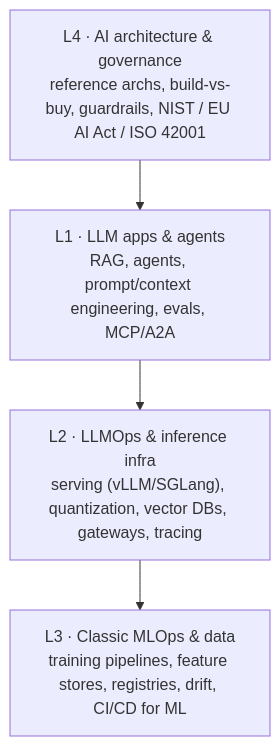
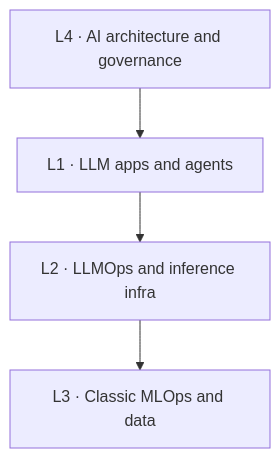
One commit to WBHankins93/ai-engineering-studio changed the diagram in foundations/the-four-layer-map.md. Above: the diagram before and after it, drawn with Mermaid. The commit also changed other lines of this file and 6 other files, not shown here.

Commit message:
Simplify mermaid labels to strict-mode-safe single lines

````diff
--- a/foundations/the-four-layer-map.md
+++ b/foundations/the-four-layer-map.md
@@ -16,10 +16,10 @@
 ```mermaid
 flowchart TB
-  L4["L4 · AI architecture & governance<br/>reference archs, build-vs-buy, guardrails, NIST / EU AI Act / ISO 42001"]
-  L1["L1 · LLM apps & agents<br/>RAG, agents, prompt/context engineering, evals, MCP/A2A"]
-  L2["L2 · LLMOps & inference infra<br/>serving (vLLM/SGLang), quantization, vector DBs, gateways, tracing"]
-  L3["L3 · Classic MLOps & data<br/>training pipelines, feature stores, registries, drift, CI/CD for ML"]
+  L4["L4 · AI architecture and governance"]
+  L1["L1 · LLM apps and agents"]
+  L2["L2 · LLMOps and inference infra"]
+  L3["L3 · Classic MLOps and data"]
   L4 --> L1
   L1 --> L2
   L2 --> L3
 ```
````
